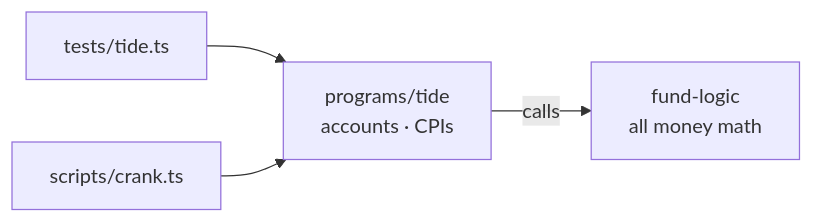
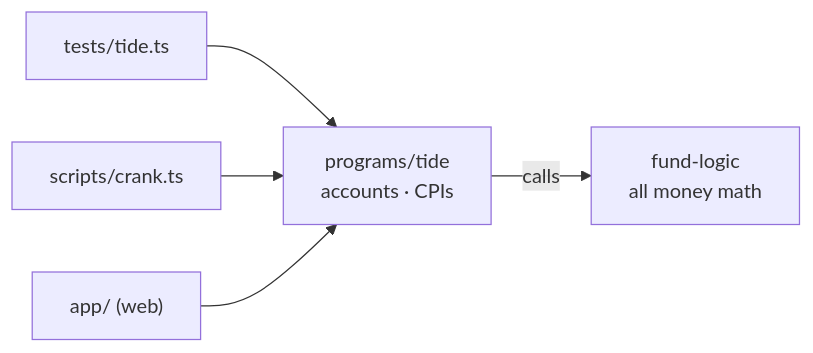
Before and after one commit to 0xnex/tide: diagram 11 of 14 in README.md, drawn with Mermaid. The commit also changed other lines of this file and 7 other files, not shown here.

````diff
--- a/README.md
+++ b/README.md
@@ -186,6 +189,7 @@
 ```mermaid
 flowchart LR
   P["programs/tide<br/>accounts · CPIs"] -- "calls" --> L["fund-logic<br/>all money math"]
   T["tests/tide.ts"] --> P
   C["scripts/crank.ts"] --> P
+  A["app/ (web)"] --> P
 ```
````
